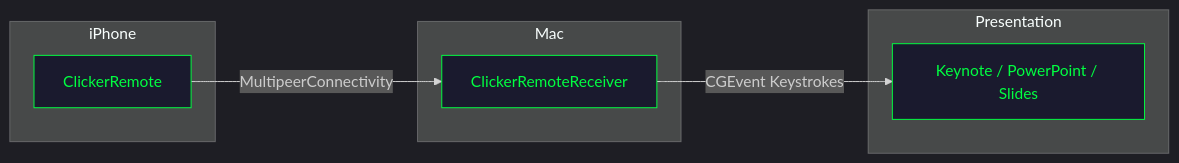
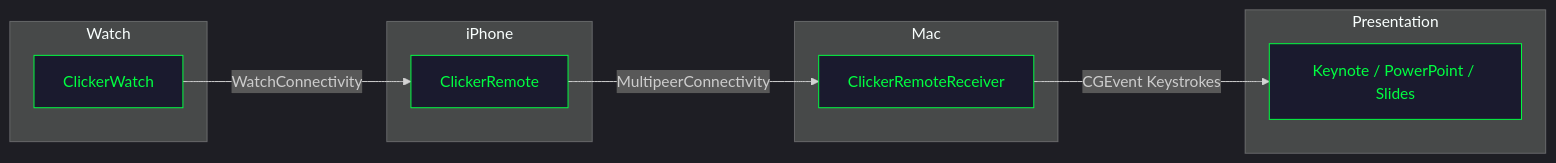
The diagram in wiki/Home.md (douinc/clicker), drawn with Mermaid before and after one commit. The commit also changed other lines of this file and 9 other files, not shown here.

````diff
--- a/wiki/Home.md
+++ b/wiki/Home.md
@@ -23,18 +24,22 @@
 ```mermaid
 %%{init: {'theme': 'dark'}}%%
 graph LR
+    subgraph Watch
+        W[ClickerWatch]
+    end
     subgraph iPhone
         A[ClickerRemote]
     end
     subgraph Mac
         B[ClickerRemoteReceiver]
     end
     subgraph Presentation
         C[Keynote / PowerPoint / Slides]
     end
 
+    W -->|WatchConnectivity| A
     A -->|MultipeerConnectivity| B
     B -->|CGEvent Keystrokes| C
 
     classDef default fill:#1a1a2e,stroke:#00ff41,color:#00ff41
 ```
````
